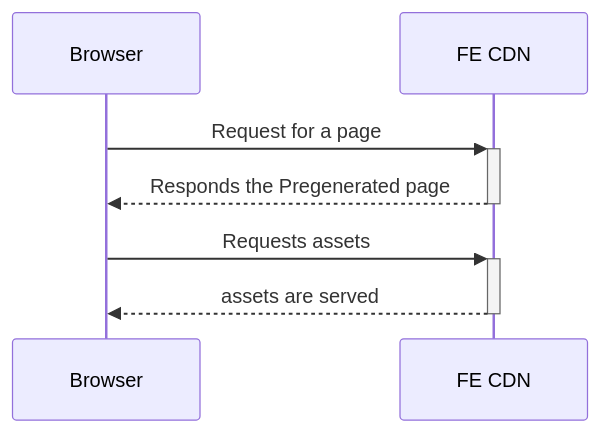
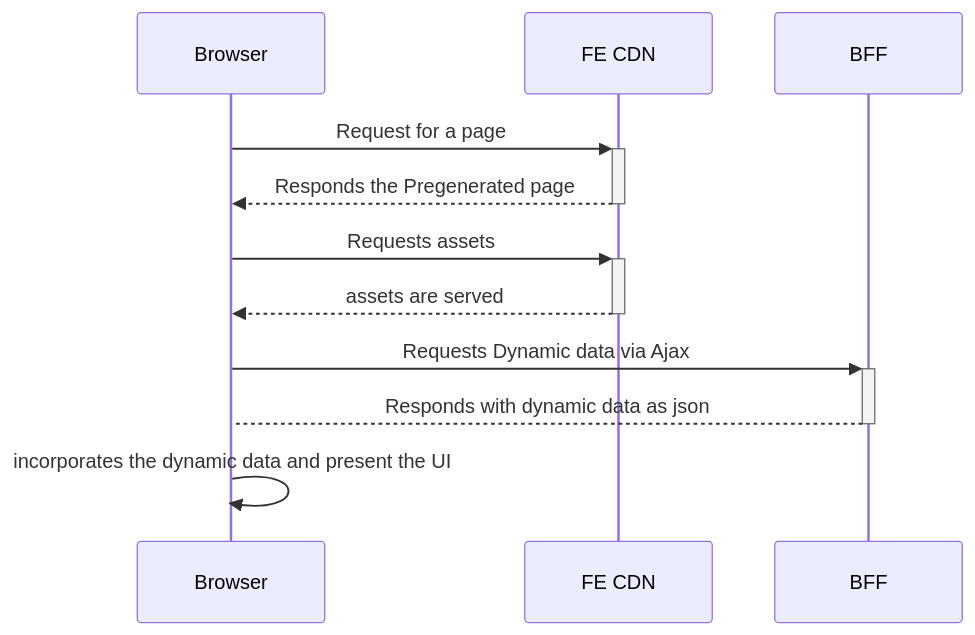
Before and after one commit to vinishanto/next-mono: the third of 3 diagrams in packages/documents/docs/HowItWorks/requestflow.md, drawn with Mermaid. The commit also changed other lines of this file, not shown here.

Commit message:
modified the request flow diagram

````diff
--- a/packages/documents/docs/HowItWorks/requestflow.md
+++ b/packages/documents/docs/HowItWorks/requestflow.md
@@ -44,8 +48,13 @@
 ```mermaid
 sequenceDiagram
 Browser ->>+ FE CDN : Request for a page
 FE CDN -->>- Browser : Responds the Pregenerated page
 Browser ->>+ FE CDN : Requests assets
 FE CDN -->>- Browser : assets are served 
 
+Browser ->>+ BFF : Requests Dynamic data via Ajax
+BFF -->- Browser : Responds with dynamic data as json
+
+Browser ->> Browser : incorporates the dynamic data and present the UI
+
 ```
````
